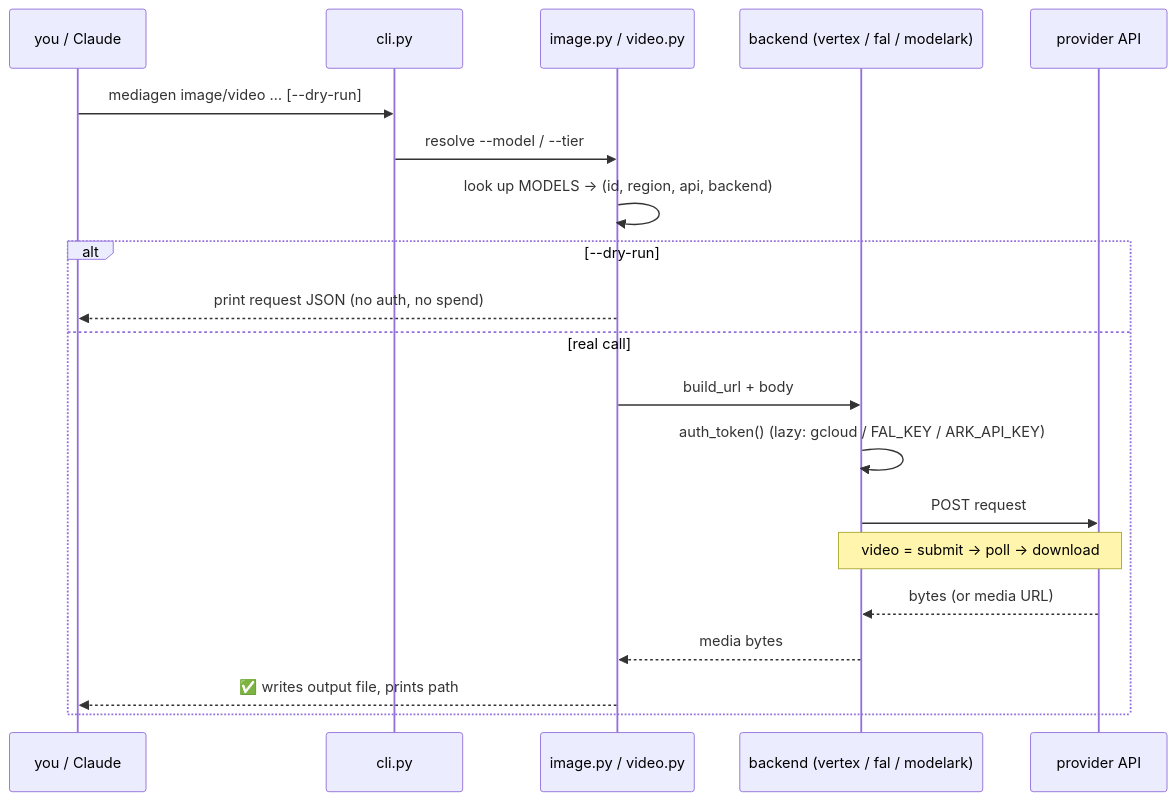
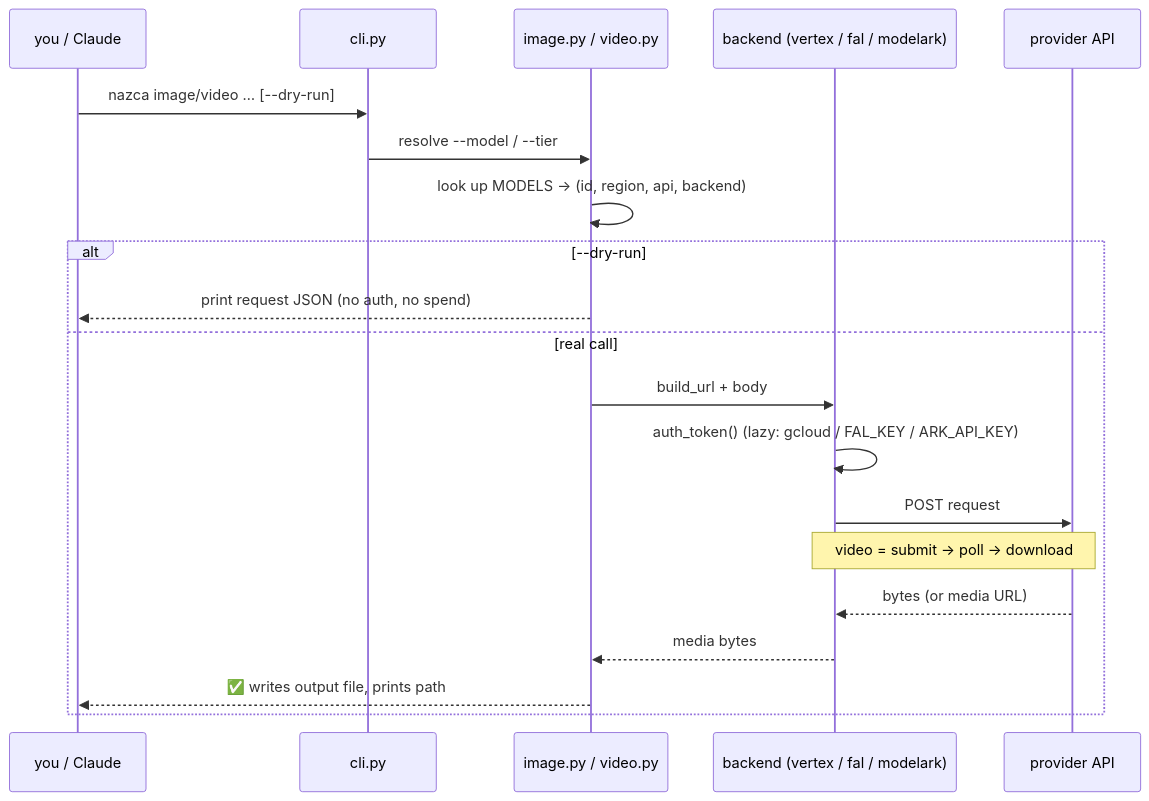
The third of 3 diagrams in README.md (Mysios-Labs-inc/nazca), drawn with Mermaid before and after one commit. The commit also changed other lines of this file and 15 other files, not shown here.

First line of the commit message:
refactor: rename mediagen → nazca (package, command, config path, docs) (#12)

````diff
--- a/README.md
+++ b/README.md
@@ -410,23 +427,23 @@
 ```mermaid
 sequenceDiagram
     participant U as you / Claude
     participant C as cli.py
     participant D as image.py / video.py
     participant B as backend (vertex / fal / modelark)
     participant P as provider API
 
-    U->>C: mediagen image/video … [--dry-run]
+    U->>C: nazca image/video … [--dry-run]
     C->>D: resolve --model / --tier
     D->>D: look up MODELS → (id, region, api, backend)
     alt --dry-run
         D-->>U: print request JSON (no auth, no spend)
     else real call
         D->>B: build_url + body
         B->>B: auth_token()  (lazy: gcloud / FAL_KEY / ARK_API_KEY)
         B->>P: POST request
         Note over B,P: video = submit → poll → download
         P-->>B: bytes (or media URL)
         B-->>D: media bytes
         D-->>U: ✅ writes output file, prints path
     end
 ```
````
